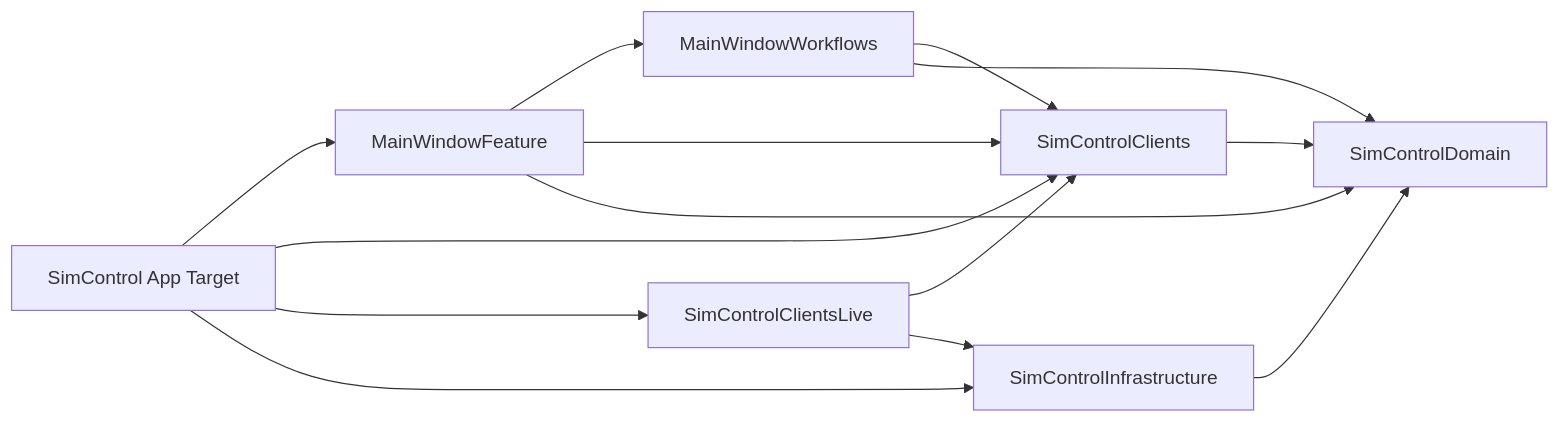
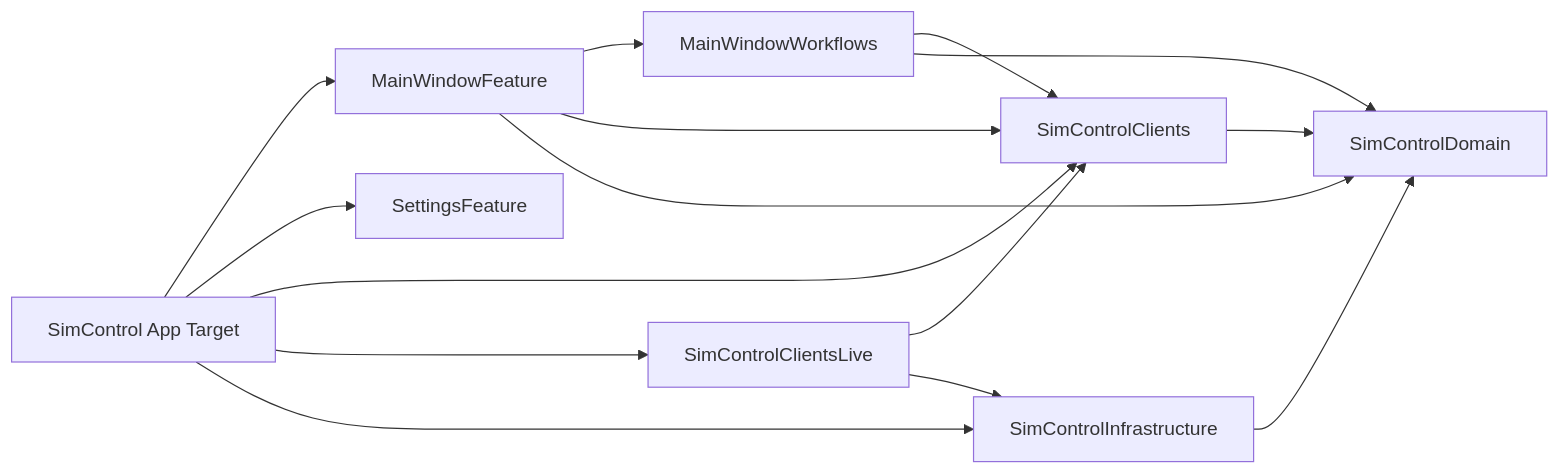
One commit to Jaesung-Jung/XcodeSimulatorManager changed the first of 2 diagrams in docs/architecture/isowords-inspired-modularization.md. Above: the diagram before and after it, drawn with Mermaid. The commit also changed other lines of this file and 22 other files, not shown here.

Commit message:
refactor: extract settings feature target

````diff
--- a/docs/architecture/isowords-inspired-modularization.md
+++ b/docs/architecture/isowords-inspired-modularization.md
@@ -13,16 +13,17 @@
 ```mermaid
 flowchart LR
   App["SimControl App Target"] --> MainWindowFeature["MainWindowFeature"]
+  App --> SettingsFeature["SettingsFeature"]
   App --> Clients["SimControlClients"]
   App --> ClientsLive["SimControlClientsLive"]
   App --> Infrastructure["SimControlInfrastructure"]
   MainWindowFeature --> Workflows["MainWindowWorkflows"]
   MainWindowFeature --> Clients
   MainWindowFeature --> Domain["SimControlDomain"]
   Workflows --> Clients
   Workflows --> Domain
   ClientsLive --> Clients
   ClientsLive --> Infrastructure
   Infrastructure --> Domain
   Clients --> Domain
 ```
````
